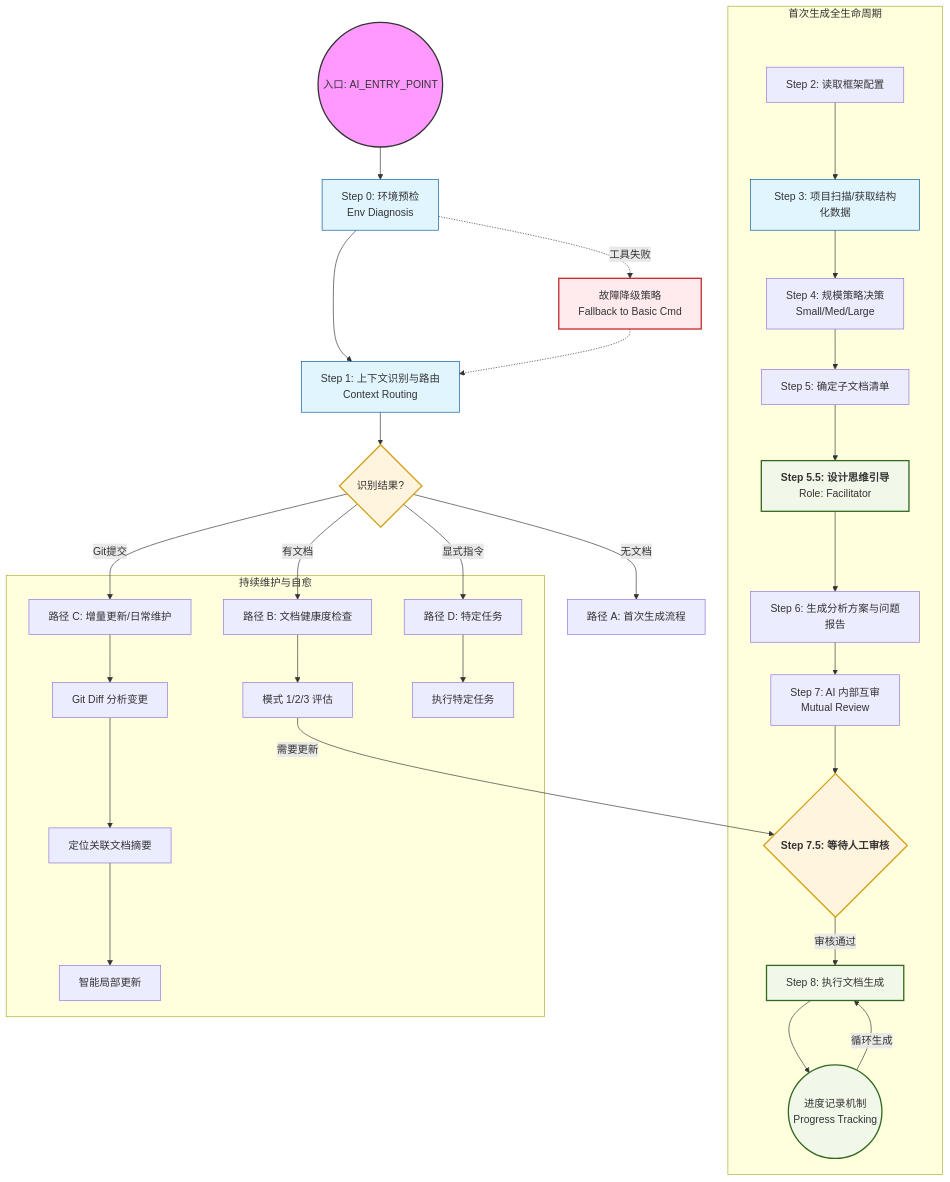
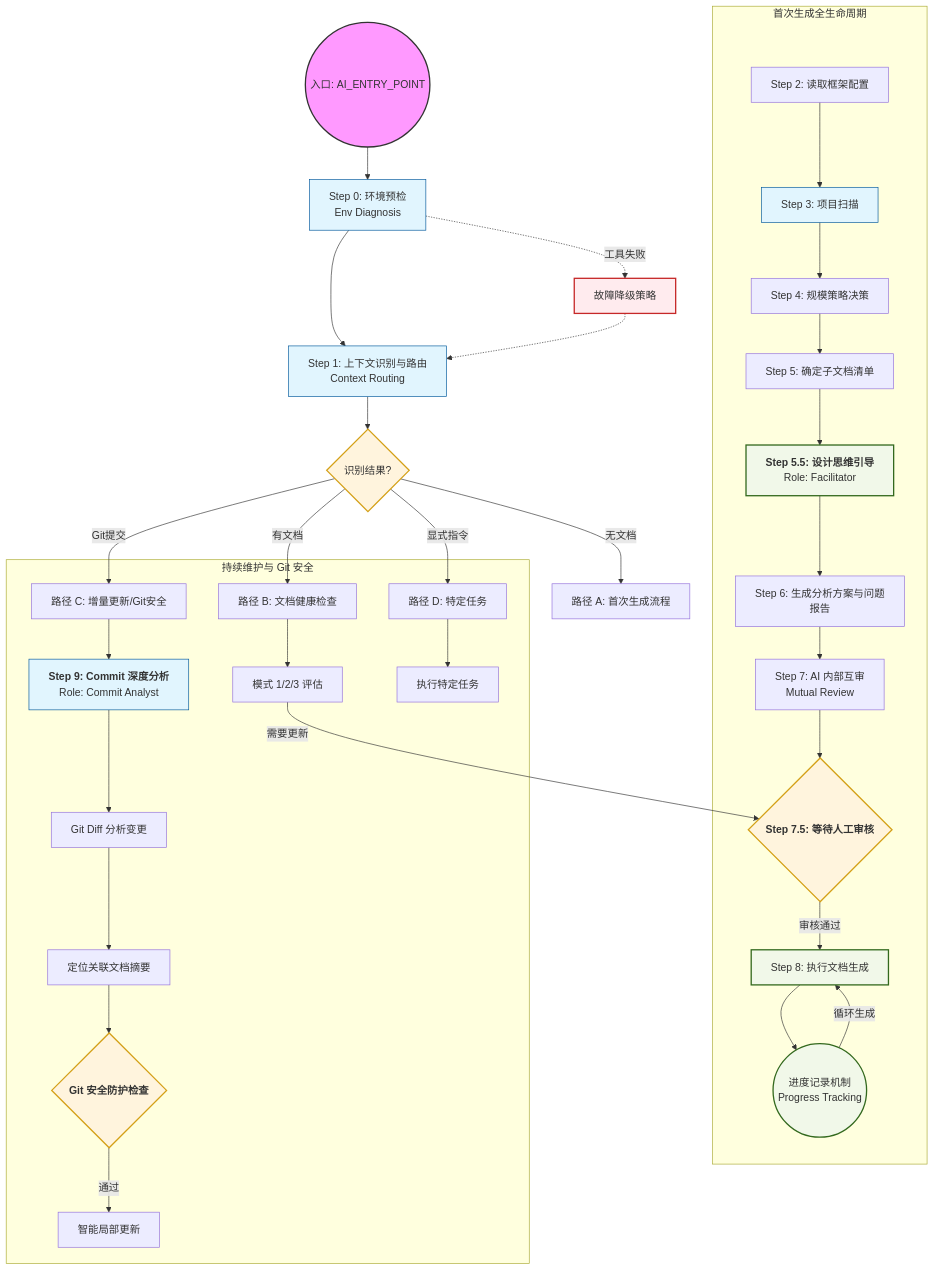
The diagram in AI_ENTRY_POINT.md (zibuyu2015831/AI-Coding-Context), drawn with Mermaid before and after one commit. The commit also changed other lines of this file and 11 other files, not shown here.

````diff
--- a/AI_ENTRY_POINT.md
+++ b/AI_ENTRY_POINT.md
@@ -357,61 +360,63 @@
 ```mermaid
 graph TD
     %% 全局样式定义
     classDef init fill:#f9f,stroke:#333,stroke-width:2px;
     classDef decision fill:#fff4dd,stroke:#d4a017,stroke-width:2px;
     classDef process fill:#e1f5fe,stroke:#01579b,stroke-width:1px;
     classDef critical fill:#ffebee,stroke:#c62828,stroke-width:2px;
     classDef loop fill:#f1f8e9,stroke:#33691e,stroke-width:2px;
 
     %% 阶段 0: 初始化与路由
     Start((入口: AI_ENTRY_POINT)) --> S0[Step 0: 环境预检<br/>Env Diagnosis]
     S0 --> S1[Step 1: 上下文识别与路由<br/>Context Routing]
 
     S1 --> D1{识别结果?}
     D1 -- 无文档 --> PathA[路径 A: 首次生成流程]
-    D1 -- 有文档 --> PathB[路径 B: 文档健康度检查]
-    D1 -- Git提交 --> PathC[路径 C: 增量更新/日常维护]
+    D1 -- 有文档 --> PathB[路径 B: 文档健康检查]
+    D1 -- Git提交 --> PathC[路径 C: 增量更新/Git安全]
     D1 -- 显式指令 --> PathD[路径 D: 特定任务]
 
     %% 路径 A: 核心生成链路
     subgraph Path_A [首次生成全生命周期]
-        S2[Step 2: 读取框架配置] --> S3[Step 3: 项目扫描/获取结构化数据]
-        S3 --> S4[Step 4: 规模策略决策<br/>Small/Med/Large]
+        S2[Step 2: 读取框架配置] --> S3[Step 3: 项目扫描]
+        S3 --> S4[Step 4: 规模策略决策]
         S4 --> S5[Step 5: 确定子文档清单]
 
-        %% 设计思维引导
+        %% V3.0 设计思维引导
         S5 --> S55[<b>Step 5.5: 设计思维引导</b><br/>Role: Facilitator]
         S55 --> S6[Step 6: 生成分析方案与问题报告]
 
         S6 --> S7[Step 7: AI 内部互审<br/>Mutual Review]
         S7 --> S75{<b>Step 7.5: 等待人工审核</b>}
 
         %% 执行与进度记录
         S75 -- 审核通过 --> S8[Step 8: 执行文档生成]
         S8 --> Progress((进度记录机制<br/>Progress Tracking))
         Progress --> |循环生成| S8
     end
 
     %% 路径 B/C/D: 维护与自愈
-    subgraph Maintenance [持续维护与自愈]
+    subgraph Maintenance [持续维护与 Git 安全]
         PathB --> HealthCheck[模式 1/2/3 评估]
         HealthCheck --> |需要更新| S75
 
-        PathC --> Diff[Git Diff 分析变更]
+        PathC --> CommitAnalyze[<b>Step 9: Commit 深度分析</b><br/>Role: Commit Analyst]
+        CommitAnalyze --> Diff[Git Diff 分析变更]
         Diff --> DocLoc[定位关联文档摘要]
-        DocLoc --> SmartUpdate[智能局部更新]
+        DocLoc --> GitSafety{<b>Git 安全防护检查</b>}
+        GitSafety --> |通过| SmartUpdate[智能局部更新]
 
         PathD --> SpecificTask[执行特定任务]
     end
 
     %% 异常处理
-    S0 -.-> |工具失败| Fallback[故障降级策略<br/>Fallback to Basic Cmd]
+    S0 -.-> |工具失败| Fallback[故障降级策略]
     Fallback -.-> S1
 
     %% 状态标记
     class Start init;
-    class D1,S75 decision;
+    class D1,S75,GitSafety decision;
     class S55,S8,Progress loop;
-    class S0,S1,S3 process;
+    class S0,S1,S3,CommitAnalyze process;
     class Fallback critical;
 ```
````
